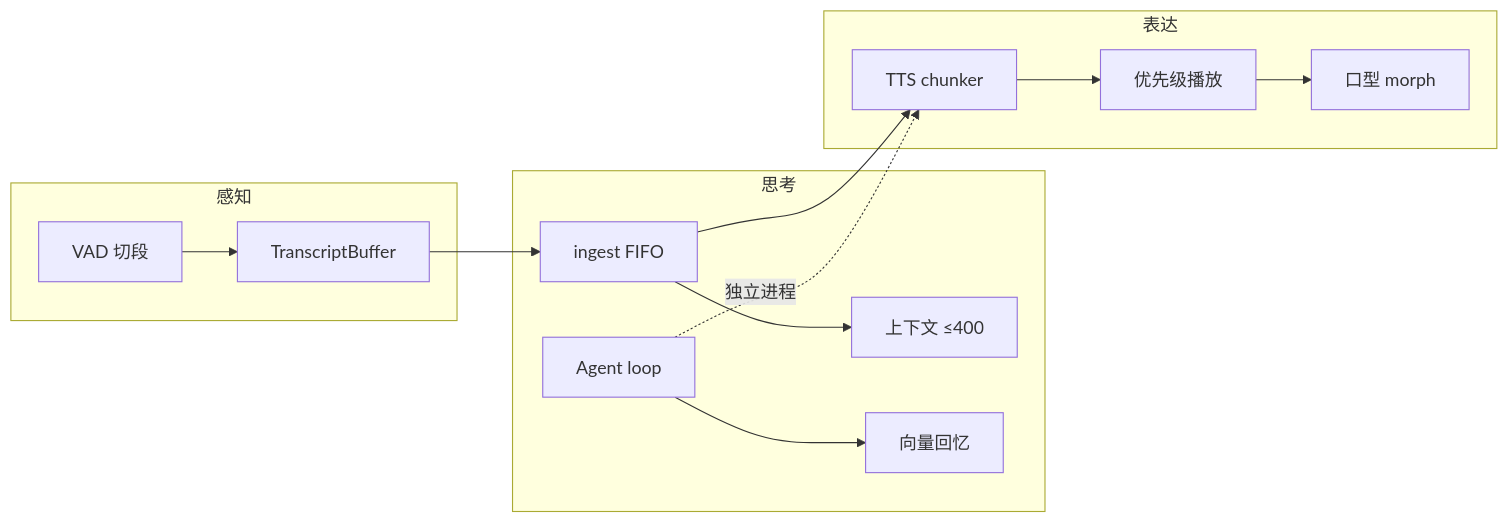
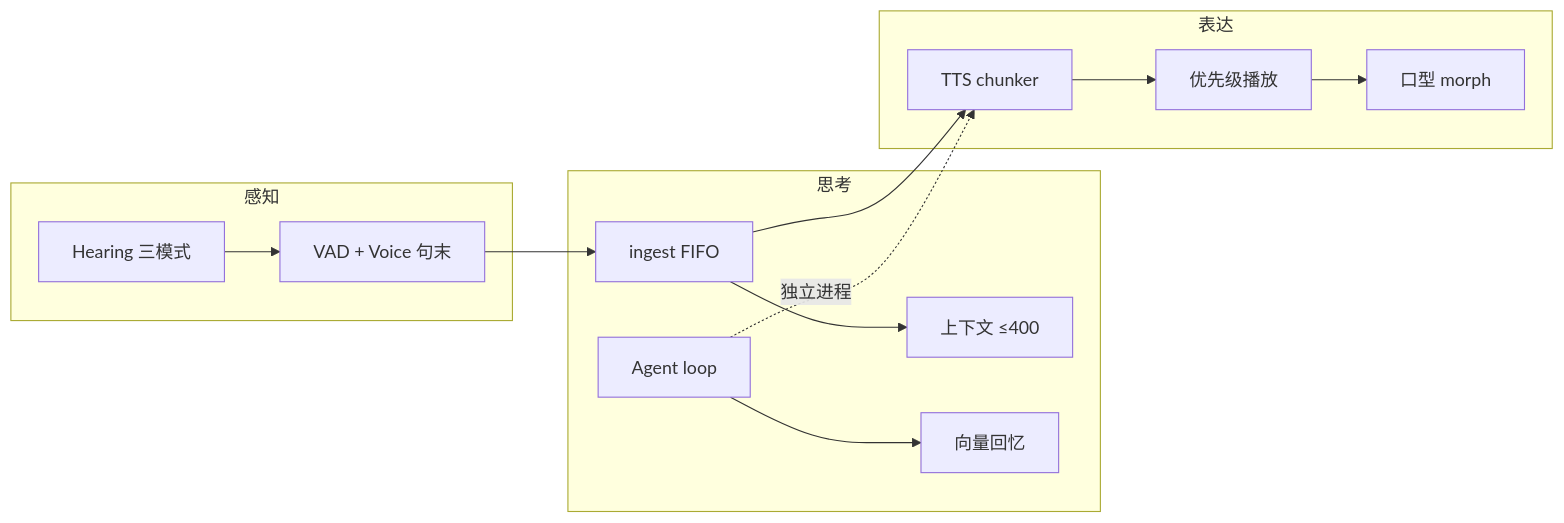
One commit to ifloveisture/airi_learning changed the diagram in learning/算法主线/端到端闭环.md. Above: the diagram before and after it, drawn with Mermaid. The commit also changed other lines of this file and 95 other files, not shown here.

````diff
--- a/learning/算法主线/端到端闭环.md
+++ b/learning/算法主线/端到端闭环.md
@@ -57,25 +80,25 @@
 ```mermaid
 flowchart LR
   subgraph Sense["感知"]
-    VAD["VAD 切段"]
-    BUF["TranscriptBuffer"]
+    VAD["VAD + Voice 句末"]
+    HEAR["Hearing 三模式"]
   end
 
   subgraph Think["思考"]
     ING["ingest FIFO"]
     CTX["上下文 ≤400"]
     LOOP["Agent loop"]
     MEM["向量回忆"]
   end
 
   subgraph Speak["表达"]
     CHUNK["TTS chunker"]
     PLAY["优先级播放"]
     LIP["口型 morph"]
   end
 
-  VAD --> BUF --> ING --> CTX
+  HEAR --> VAD --> ING --> CTX
   ING --> CHUNK --> PLAY --> LIP
   LOOP --> MEM
   LOOP -.->|独立进程| CHUNK
 ```
````
